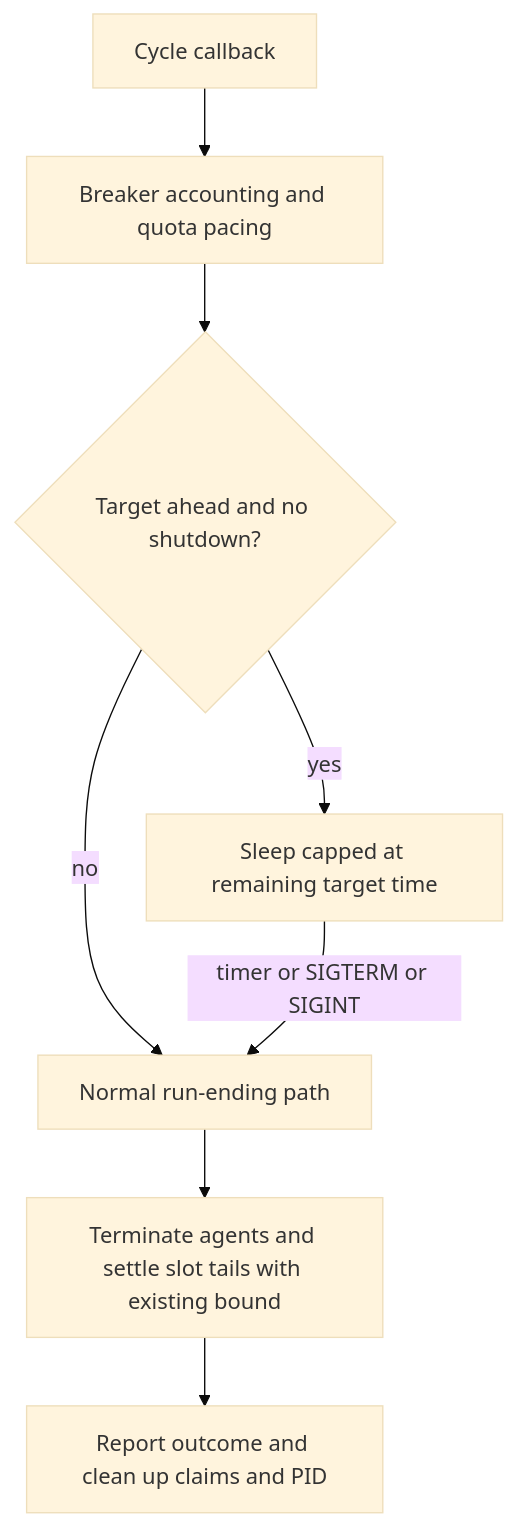
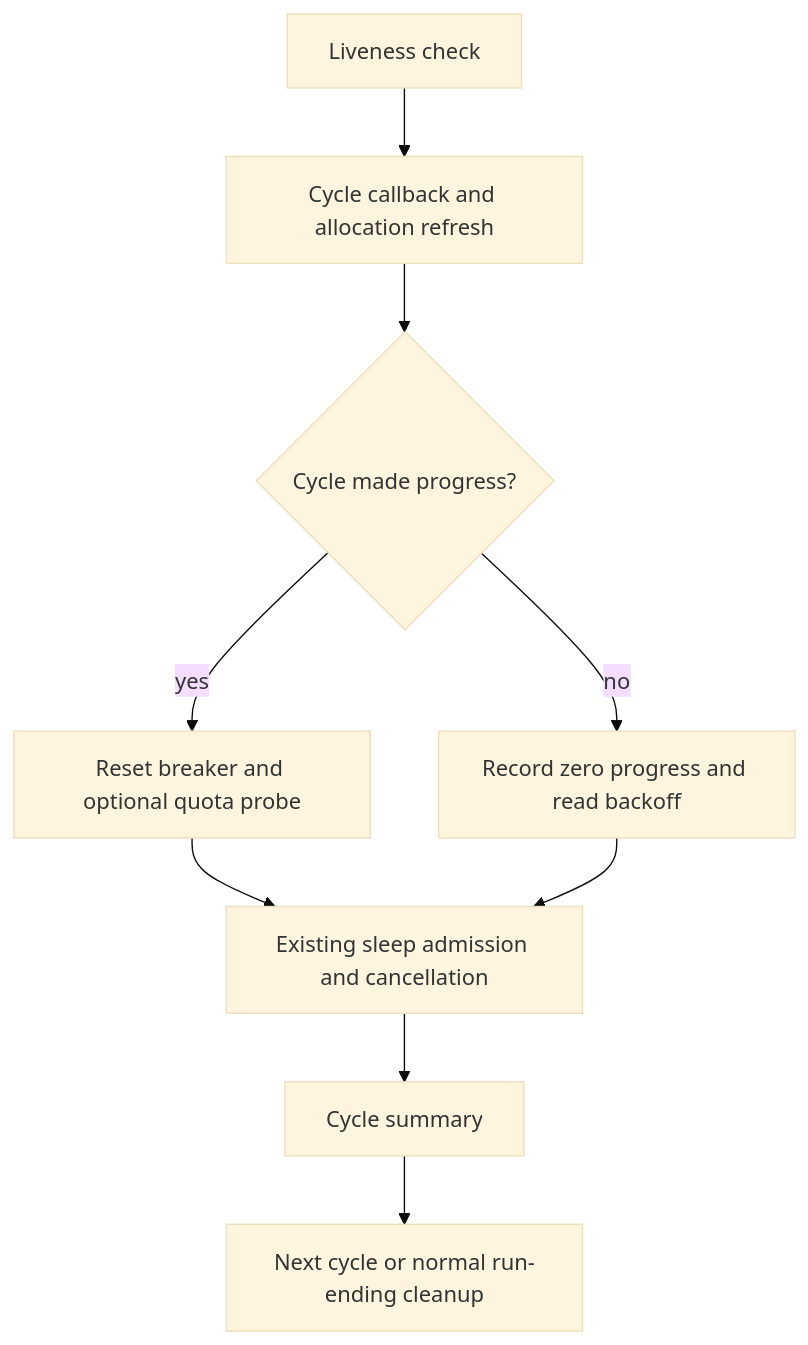
Before and after one commit to stSoftwareAU/VibeCoder: the diagram in docs/archive/pr-summaries/pr-summary-5544.md, drawn with Mermaid (base theme). The commit also changed other lines of this file, not shown here.

First line of the commit message:
Record cycle-end watchdog diagnostics and evidence (#5544)

````diff
--- a/docs/archive/pr-summaries/pr-summary-5544.md
+++ b/docs/archive/pr-summaries/pr-summary-5544.md
@@ -76,10 +78,11 @@
 ```mermaid
 flowchart TD
-    A[Cycle callback] --> B[Breaker accounting and quota pacing]
-    B --> C{Target ahead and no shutdown?}
-    C -->|no| F[Normal run-ending path]
-    C -->|yes| D[Sleep capped at remaining target time]
-    D -->|timer or SIGTERM or SIGINT| F
-    F --> G[Terminate agents and settle slot tails with existing bound]
-    G --> H[Report outcome and clean up claims and PID]
+    L[Liveness check] --> C[Cycle callback and allocation refresh]
+    C --> P{Cycle made progress?}
+    P -->|yes| R[Reset breaker and optional quota probe]
+    P -->|no| B[Record zero progress and read backoff]
+    R --> S[Existing sleep admission and cancellation]
+    B --> S
+    S --> T[Cycle summary]
+    T --> E[Next cycle or normal run-ending cleanup]
 ```
````
